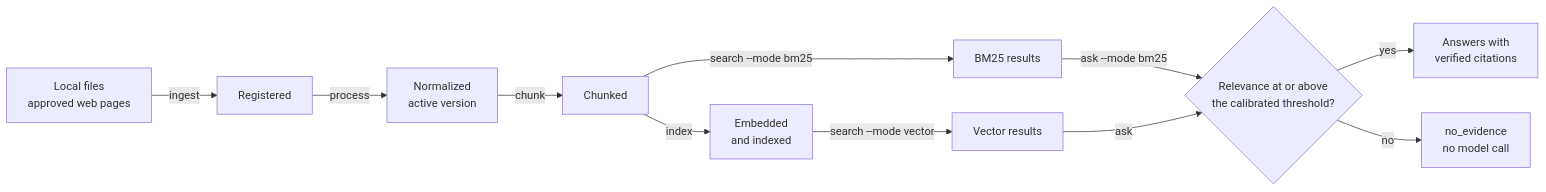
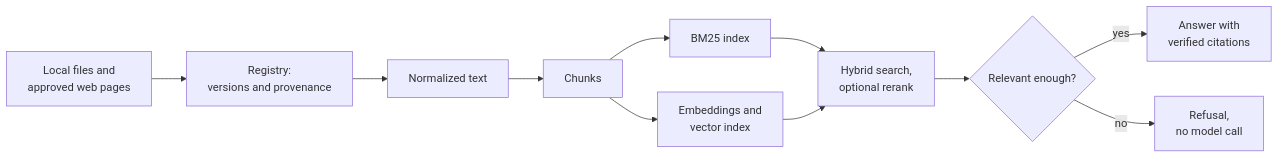
The diagram in README.md (SyedMuhammadUbaidUrRehman22/TechDocQA), drawn with Mermaid before and after one commit. The commit also changed other lines of this file and 31 other files, not shown here.

````diff
--- a/README.md
+++ b/README.md
@@ -35,13 +18,13 @@
 ```mermaid
 flowchart LR
-  A[Local files<br/>approved web pages] -->|ingest| B[Registered]
-  B -->|process| C[Normalized<br/>active version]
-  C -->|chunk| D[Chunked]
-  D -->|index| E[Embedded<br/>and indexed]
-  D -->|search --mode bm25| F[BM25 results]
-  E -->|search --mode vector| G[Vector results]
-  F -->|ask --mode bm25| S{Relevance at or above<br/>the calibrated threshold?}
-  G -->|ask| S
-  S -->|yes| H[Answers with<br/>verified citations]
-  S -->|no| I[no_evidence<br/>no model call]
+  A[Local files and<br/>approved web pages] --> B[Registry:<br/>versions and provenance]
+  B --> C[Normalized text]
+  C --> D[Chunks]
+  D --> E[BM25 index]
+  D --> F[Embeddings and<br/>vector index]
+  E --> G[Hybrid search,<br/>optional rerank]
+  F --> G
+  G --> S{Relevant enough?}
+  S -->|yes| H[Answer with<br/>verified citations]
+  S -->|no| I[Refusal,<br/>no model call]
 ```
````
